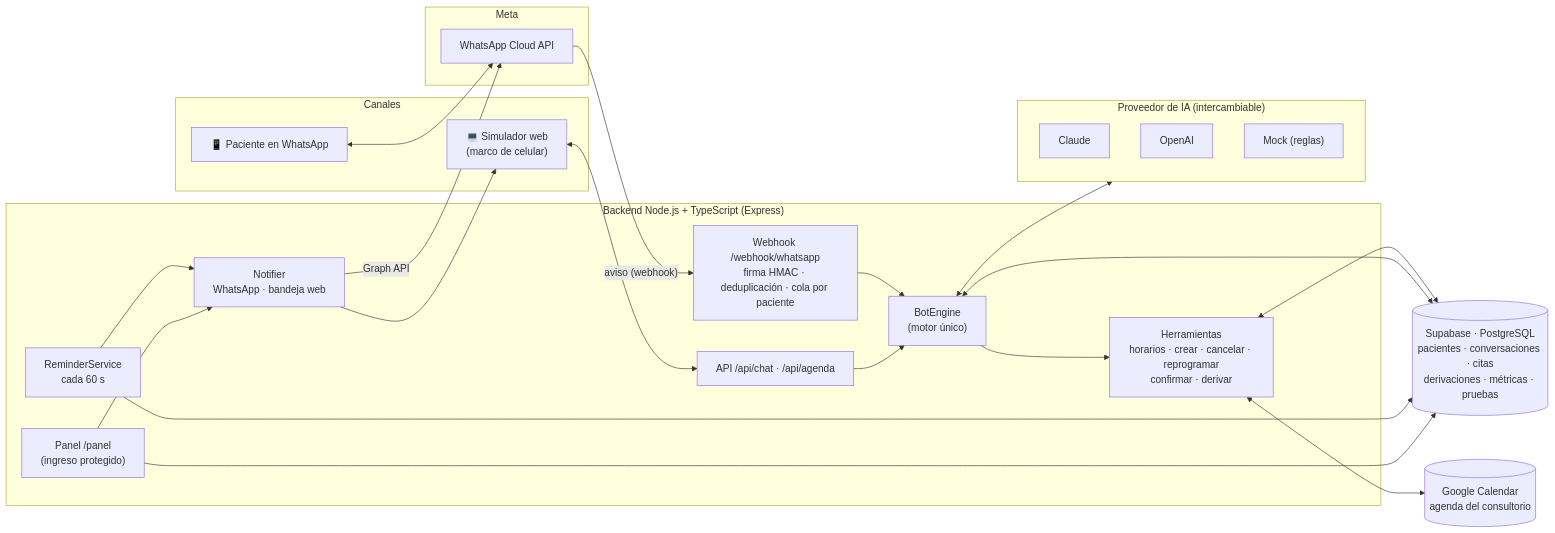
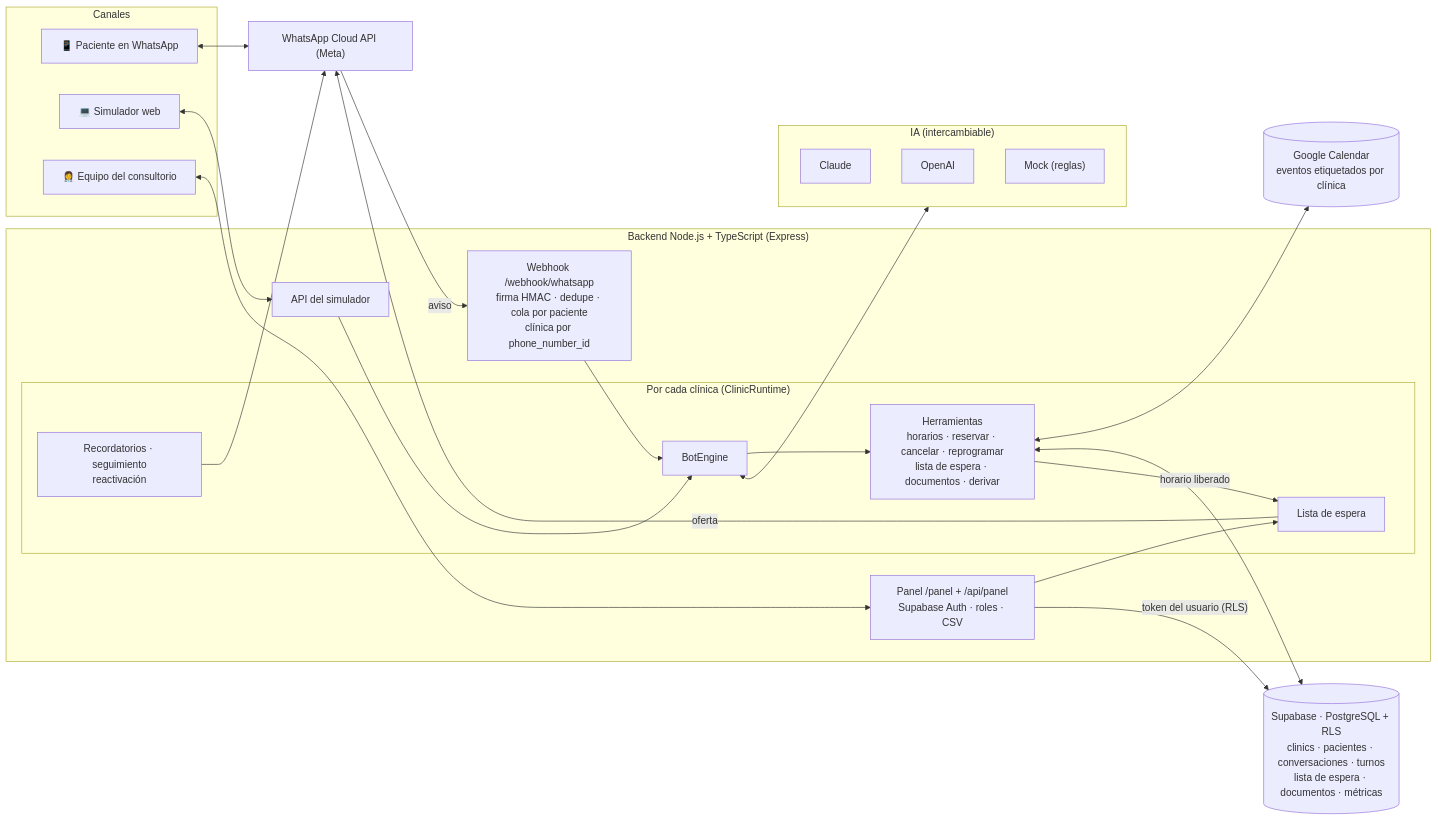
The first of 3 diagrams in README.md (siriusdecohome-star/Bot_Consultorio), drawn with Mermaid before and after one commit. The commit also changed other lines of this file and 28 other files, not shown here.

````diff
--- a/README.md
+++ b/README.md
@@ -25,47 +53,45 @@
 ```mermaid
 flowchart LR
   subgraph Canales
     WA["📱 Paciente en WhatsApp"]
-    WEB["💻 Simulador web<br/>(marco de celular)"]
+    WEB["💻 Simulador web"]
+    STAFF["👩‍⚕️ Equipo del consultorio"]
   end
 
-  subgraph Meta["Meta"]
-    CLOUD["WhatsApp Cloud API"]
+  CLOUD["WhatsApp Cloud API (Meta)"]
+
+  subgraph Backend["Backend Node.js + TypeScript (Express)"]
+    HOOK["Webhook /webhook/whatsapp<br/>firma HMAC · dedupe · cola por paciente<br/>clínica por phone_number_id"]
+    API["API del simulador"]
+    PANEL["Panel /panel + /api/panel<br/>Supabase Auth · roles · CSV"]
+    subgraph RT["Por cada clínica (ClinicRuntime)"]
+      ENGINE["BotEngine"]
+      TOOLS["Herramientas<br/>horarios · reservar · cancelar · reprogramar<br/>lista de espera · documentos · derivar"]
+      REM["Recordatorios · seguimiento<br/>reactivación"]
+      WL["Lista de espera"]
+    end
   end
 
-  subgraph Backend["Backend Node.js + TypeScript (Express)"]
-    HOOK["Webhook /webhook/whatsapp<br/>firma HMAC · deduplicación · cola por paciente"]
-    API["API /api/chat · /api/agenda"]
-    ENGINE["BotEngine<br/>(motor único)"]
-    TOOLS["Herramientas<br/>horarios · crear · cancelar · reprogramar<br/>confirmar · derivar"]
-    REM["ReminderService<br/>cada 60 s"]
-    NOTIF["Notifier<br/>WhatsApp · bandeja web"]
-    PANEL["Panel /panel<br/>(ingreso protegido)"]
-  end
-
-  subgraph IA["Proveedor de IA (intercambiable)"]
+  subgraph IA["IA (intercambiable)"]
     CLAUDE["Claude"]
     OPENAI["OpenAI"]
     MOCK["Mock (reglas)"]
   end
 
-  GCAL[("Google Calendar<br/>agenda del consultorio")]
-  DB[("Supabase · PostgreSQL<br/>pacientes · conversaciones · citas<br/>derivaciones · métricas · pruebas")]
+  GCAL[("Google Calendar<br/>eventos etiquetados por clínica")]
+  DB[("Supabase · PostgreSQL + RLS<br/>clinics · pacientes · conversaciones · turnos<br/>lista de espera · documentos · métricas")]
 
   WA <--> CLOUD
-  CLOUD -- "aviso (webhook)" --> HOOK
-  WEB <--> API
-  HOOK --> ENGINE
-  API --> ENGINE
+  CLOUD -- aviso --> HOOK --> ENGINE
+  WEB <--> API --> ENGINE
+  STAFF <--> PANEL
   ENGINE <--> IA
   ENGINE --> TOOLS
   TOOLS <--> GCAL
   TOOLS <--> DB
-  ENGINE <--> DB
-  REM --> DB
-  REM --> NOTIF
-  PANEL --> DB
-  PANEL --> NOTIF
-  NOTIF -- "Graph API" --> CLOUD
-  NOTIF --> WEB
+  TOOLS -- horario liberado --> WL
+  WL -- oferta --> CLOUD
+  REM --> CLOUD
+  PANEL -- token del usuario (RLS) --> DB
+  PANEL --> WL
 ```
````
